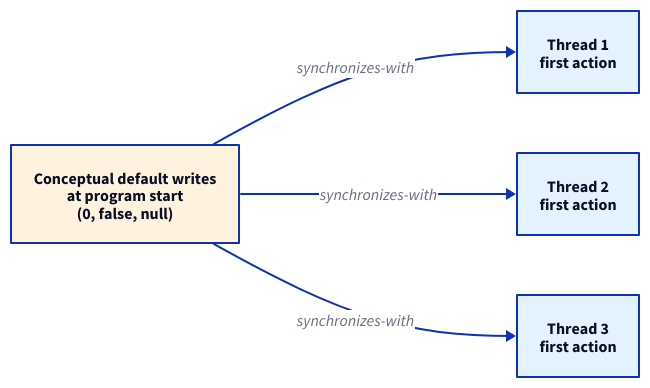
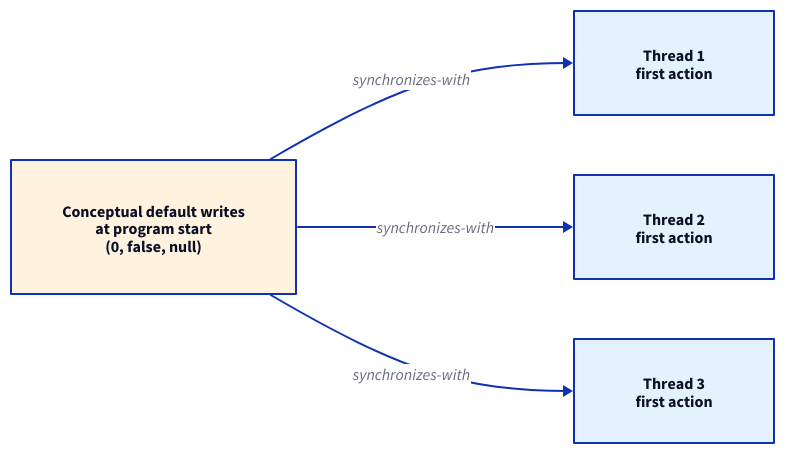
One commit to LogicAdept/SRS-Obsidian changed the diagram in SRS/What is the default value happens-before rule in the Java Memory Model.md. Above: the diagram before and after it, drawn with D2. The commit also changed 19 other files, not shown here.

````diff
--- a/SRS/What is the default value happens-before rule in the Java Memory Model.md
+++ b/SRS/What is the default value happens-before rule in the Java Memory Model.md
@@ -14,10 +14,26 @@
 ```d2
 direction: right
-dv: "Conceptual default writes\nat program start\n(0, false, null)" { style.fill: "#fff3e0" }
-t1: "Thread 1\nfirst action" { style.fill: "#e3f2fd" }
-t2: "Thread 2\nfirst action" { style.fill: "#e3f2fd" }
-t3: "Thread 3\nfirst action" { style.fill: "#e3f2fd" }
+dv: "Conceptual default writes\nat program start\n(0, false, null)" {
+  width: 285
+  height: 134
+  style.fill: "#fff3e0"
+}
+t1: "Thread 1\nfirst action" {
+  width: 200
+  height: 104
+  style.fill: "#e3f2fd"
+}
+t2: "Thread 2\nfirst action" {
+  width: 200
+  height: 104
+  style.fill: "#e3f2fd"
+}
+t3: "Thread 3\nfirst action" {
+  width: 200
+  height: 104
+  style.fill: "#e3f2fd"
+}
 dv -> t1: "synchronizes-with"
 dv -> t2: "synchronizes-with"
 dv -> t3: "synchronizes-with"
 ```
````
